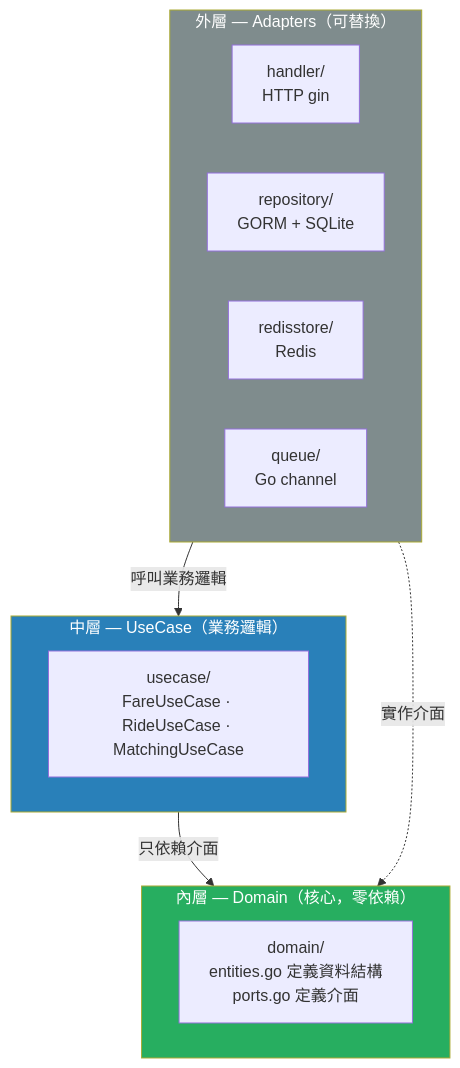
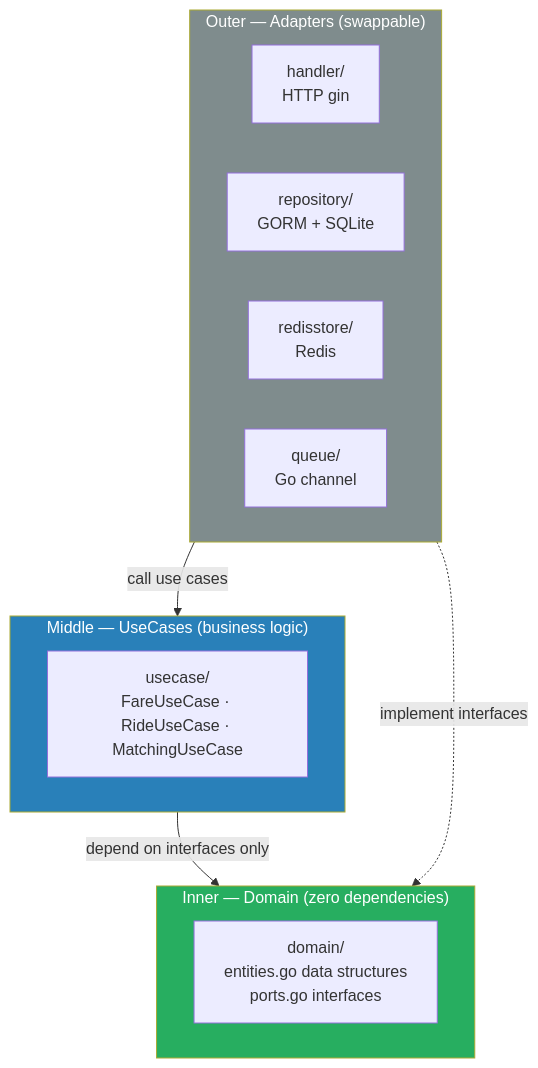
Before and after one commit to AbinterDon/robotaxi-system-design: the second of 2 diagrams in README.md, drawn with Mermaid. The commit also changed other lines of this file, not shown here.

Commit message:
docs: translate diagram labels to English

````diff
--- a/README.md
+++ b/README.md
@@ -61,25 +61,25 @@
 ```mermaid
 flowchart TD
-    subgraph outer["外層 — Adapters（可替換）"]
+    subgraph outer["Outer — Adapters (swappable)"]
         H["handler/\nHTTP gin"]
         Rep["repository/\nGORM + SQLite"]
         Redis["redisstore/\nRedis"]
         Que["queue/\nGo channel"]
     end
 
-    subgraph middle["中層 — UseCase（業務邏輯）"]
+    subgraph middle["Middle — UseCases (business logic)"]
         UC["usecase/\nFareUseCase · RideUseCase · MatchingUseCase"]
     end
 
-    subgraph inner["內層 — Domain（核心，零依賴）"]
-        D["domain/\nentities.go  定義資料結構\nports.go     定義介面"]
+    subgraph inner["Inner — Domain (zero dependencies)"]
+        D["domain/\nentities.go  data structures\nports.go     interfaces"]
     end
 
-    outer -->|"呼叫業務邏輯"| middle
-    middle -->|"只依賴介面"| inner
-    outer -.->|"實作介面"| inner
+    outer -->|"call use cases"| middle
+    middle -->|"depend on interfaces only"| inner
+    outer -.->|"implement interfaces"| inner
 
     style inner fill:#27ae60,color:#fff
     style middle fill:#2980b9,color:#fff
     style outer fill:#7f8c8d,color:#fff
 ```
````
